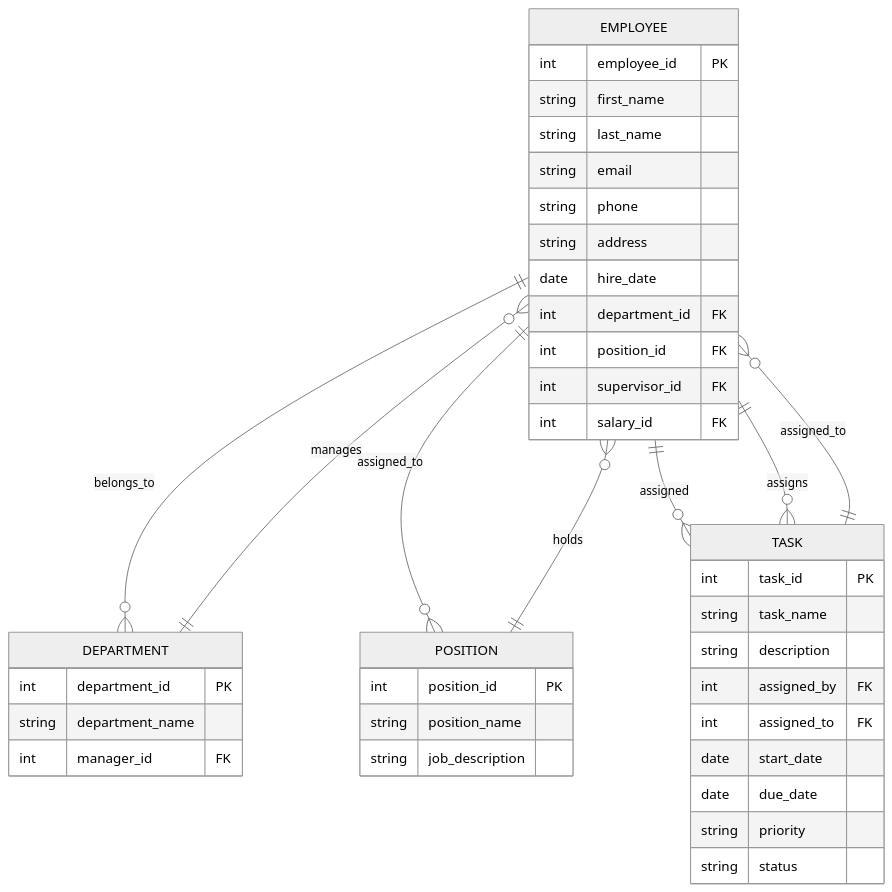
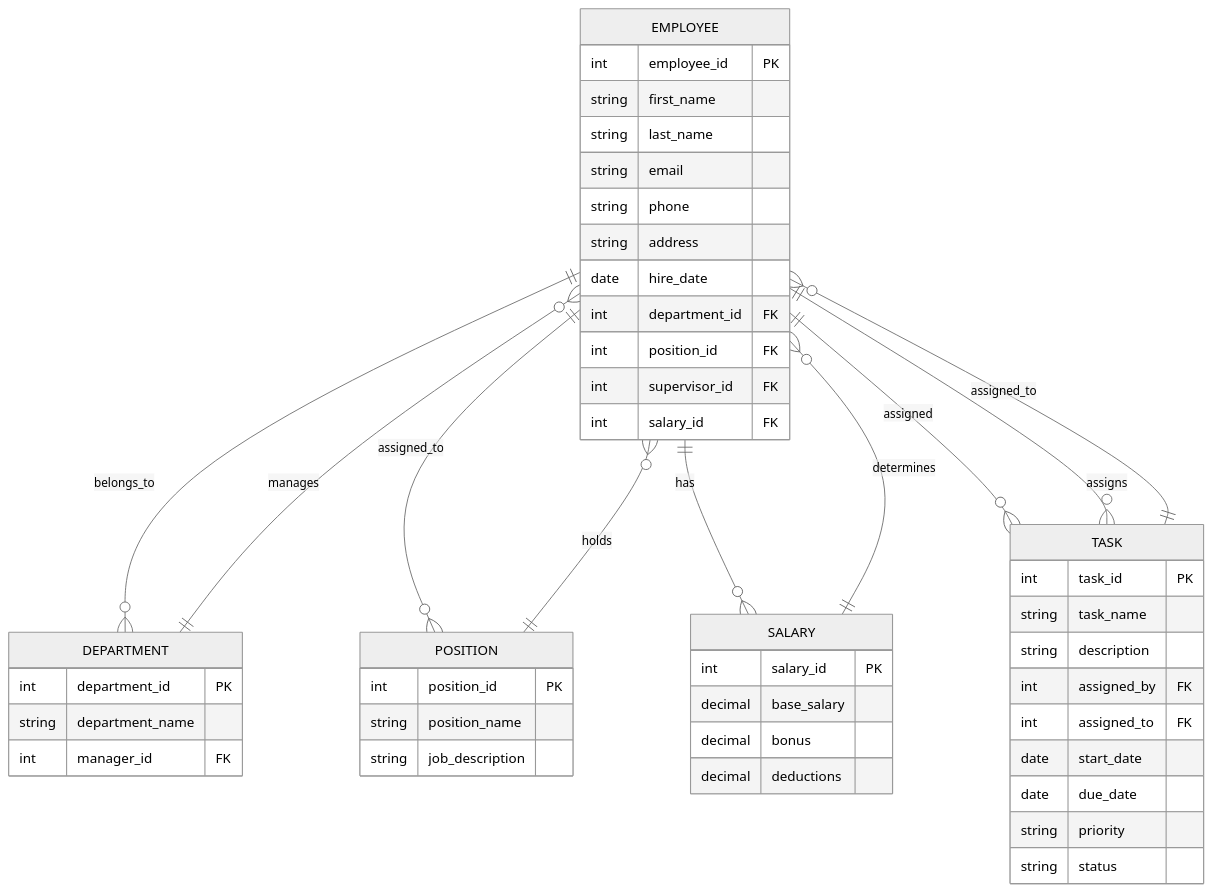
The diagram in README.md (F-orge/logistics-management-system), drawn with Mermaid (neutral theme) before and after one commit. The commit also changed 1 other file, not shown here.

````diff
--- a/README.md
+++ b/README.md
@@ -3,49 +5,52 @@
 ```mermaid
 erDiagram
-    
     EMPLOYEE {
         int employee_id PK
         string first_name
         string last_name
         string email
         string phone
         string address
         date hire_date
         int department_id FK
         int position_id FK
         int supervisor_id FK
         int salary_id FK
     }
-    
     DEPARTMENT {
         int department_id PK
         string department_name
         int manager_id FK
     }
-    
     POSITION {
         int position_id PK
         string position_name
         string job_description
     }
-
+    SALARY {
+        int salary_id PK
+        decimal base_salary
+        decimal bonus
+        decimal deductions
+    }
     TASK {
         int task_id PK
         string task_name
         string description
         int assigned_by FK
         int assigned_to FK
         date start_date
         date due_date
         string priority
         string status
     }
-
     EMPLOYEE ||--o{ DEPARTMENT : belongs_to
     EMPLOYEE ||--o{ POSITION : assigned_to
+    EMPLOYEE ||--o{ SALARY : has
     EMPLOYEE ||--o{ TASK : assigned
     EMPLOYEE ||--o{ TASK : assigns
     DEPARTMENT ||--o{ EMPLOYEE : manages
     POSITION ||--o{ EMPLOYEE : holds
+    SALARY ||--o{ EMPLOYEE : determines
     TASK ||--o{ EMPLOYEE : assigned_to
 ```
````
